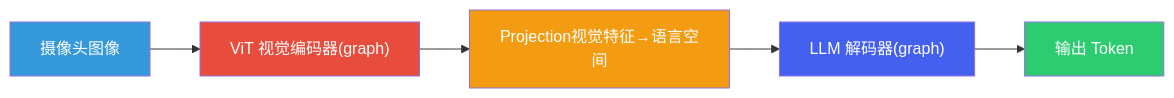
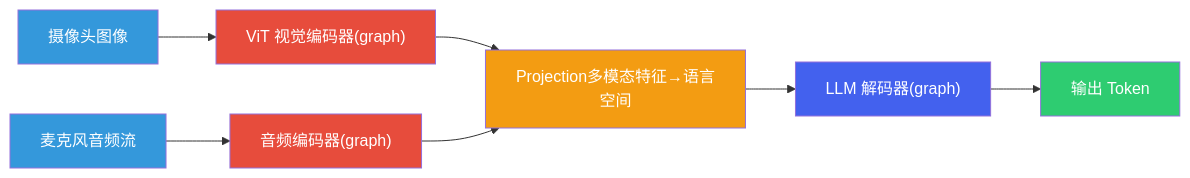
Before and after one commit to ranpin/edge-ai-docs: the third of 5 diagrams in cockpit/general/infer-principles.md, drawn with Mermaid. The commit also changed other lines of this file, not shown here.

````diff
--- a/cockpit/general/infer-principles.md
+++ b/cockpit/general/infer-principles.md
@@ -272,13 +296,17 @@
 ```mermaid
 flowchart LR
     A["摄像头图像"] --> B["ViT 视觉编码器(graph)"]
-    B --> C["Projection视觉特征→语言空间"]
+    M["麦克风音频流"] --> AU["音频编码器(graph)"]
+    B --> C["Projection多模态特征→语言空间"]
+    AU --> C
     C --> D["LLM 解码器(graph)"]
     D --> E["输出 Token"]
 
     style A fill:#3498db,color:#fff
+    style M fill:#3498db,color:#fff
     style B fill:#e74c3c,color:#fff
+    style AU fill:#e74c3c,color:#fff
     style C fill:#f39c12,color:#fff
     style D fill:#4361ee,color:#fff
     style E fill:#2ecc71,color:#fff
 ```
````
